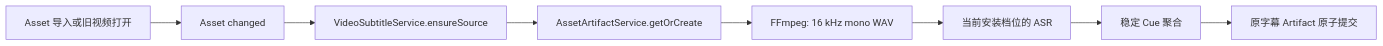
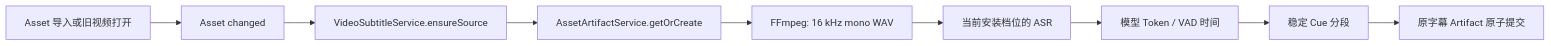
One commit to wu-tian807/learning-companion changed the first of 2 diagrams in docs/superpowers/specs/2026-08-16-video-subtitle-translation-design.md. Above: the diagram before and after it, drawn with Mermaid. The commit also changed other lines of this file and 8 other files, not shown here.

Commit message:
fix(video): align subtitles to original audio timeline

````diff
--- a/docs/superpowers/specs/2026-08-16-video-subtitle-translation-design.md
+++ b/docs/superpowers/specs/2026-08-16-video-subtitle-translation-design.md
@@ -177,10 +177,11 @@
 ```mermaid
 flowchart LR
     IMPORT["Asset 导入或旧视频打开"] --> EVENT["Asset changed"]
     EVENT --> SERVICE["VideoSubtitleService.ensureSource"]
     SERVICE --> CACHE["AssetArtifactService.getOrCreate"]
     CACHE --> NORMALIZE["FFmpeg: 16 kHz mono WAV"]
     NORMALIZE --> ASR["当前安装档位的 ASR"]
-    ASR --> MERGE["稳定 Cue 聚合"]
-    MERGE --> ARTIFACT["原字幕 Artifact 原子提交"]
+    ASR --> ALIGN["模型 Token / VAD 时间"]
+    ALIGN --> SEGMENT["稳定 Cue 分段"]
+    SEGMENT --> ARTIFACT["原字幕 Artifact 原子提交"]
 ```
````
